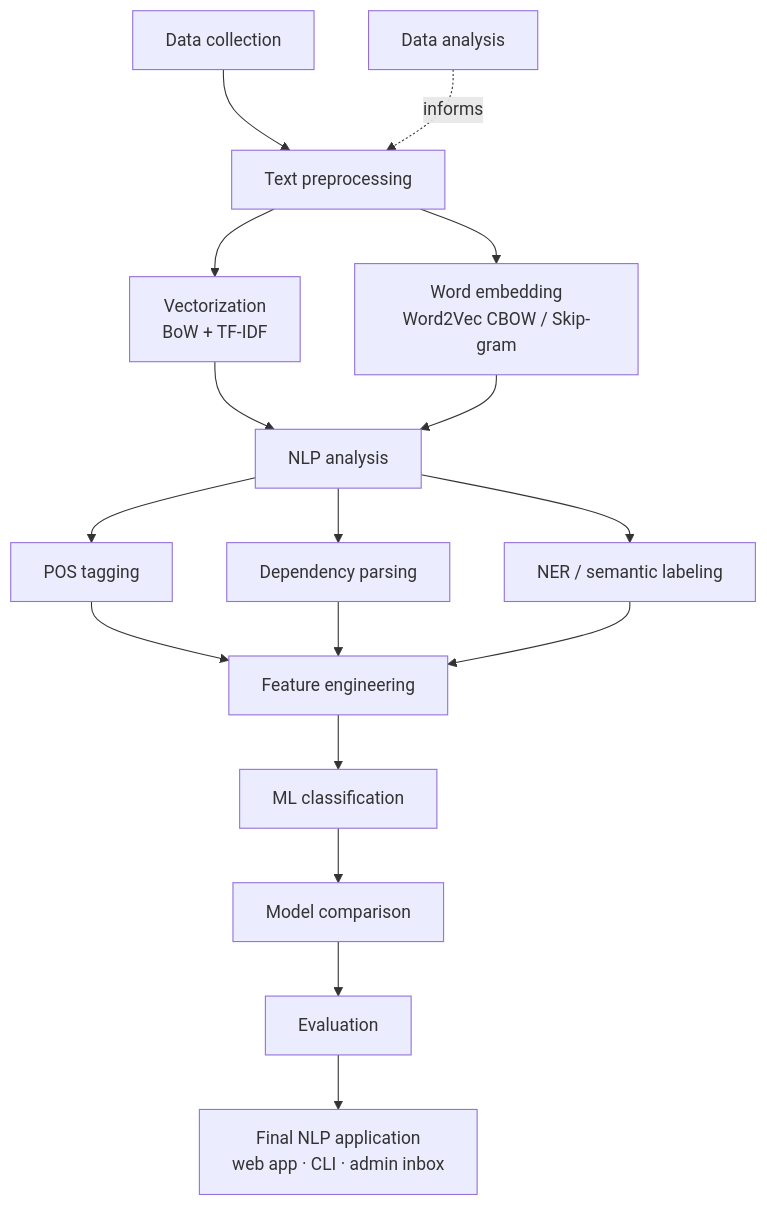
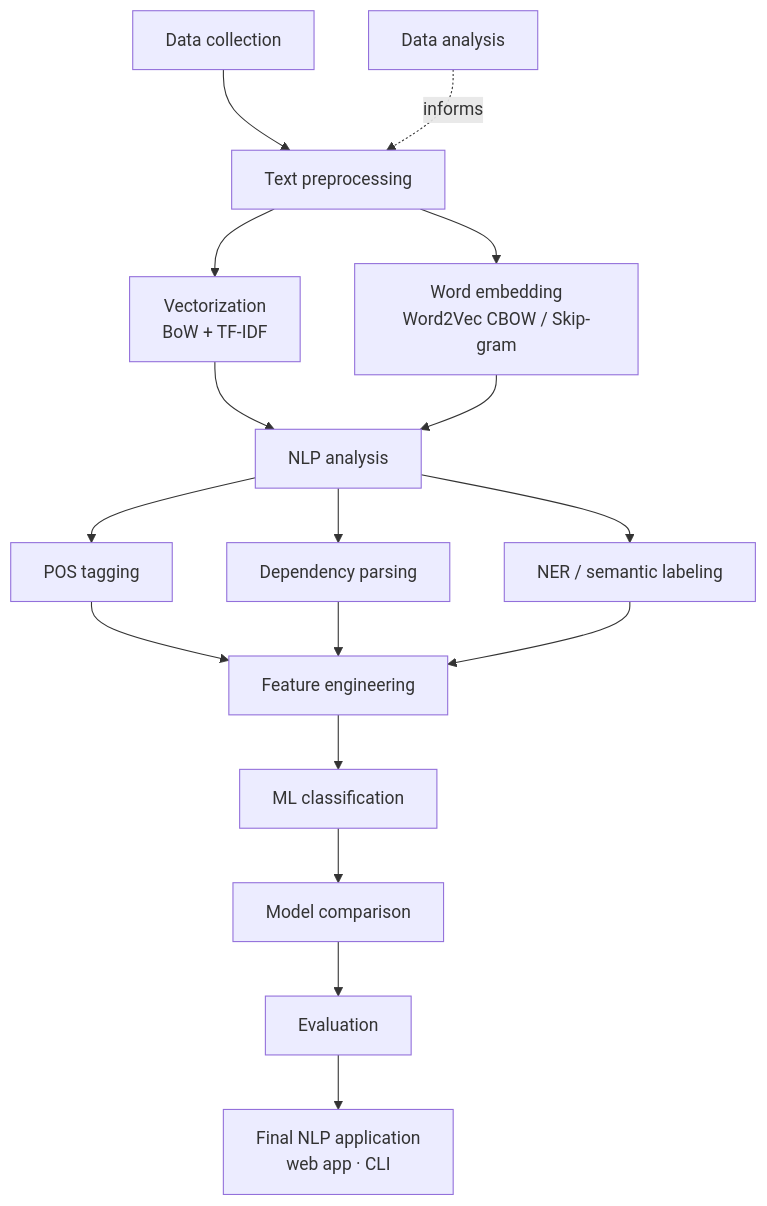
One commit to prudhvikrishn/nlp changed the diagram in README.md. Above: the diagram before and after it, drawn with Mermaid. The commit also changed other lines of this file and 15 other files, not shown here.

First line of the commit message:
Remove database storage and admin inbox; make the web app stateless

````diff
--- a/README.md
+++ b/README.md
@@ -60,19 +59,19 @@
 ```mermaid
 flowchart TD
     A[Data collection] --> C[Text preprocessing]
     B[Data analysis] -.informs.-> C
     C --> D[Vectorization<br/>BoW + TF-IDF]
     C --> E[Word embedding<br/>Word2Vec CBOW / Skip-gram]
     D --> F[NLP analysis]
     E --> F
     F --> F1[POS tagging]
     F --> F2[Dependency parsing]
     F --> F3[NER / semantic labeling]
     F1 --> G[Feature engineering]
     F2 --> G
     F3 --> G
     G --> H[ML classification]
     H --> I[Model comparison]
     I --> J[Evaluation]
-    J --> K[Final NLP application<br/>web app · CLI · admin inbox]
+    J --> K[Final NLP application<br/>web app · CLI]
 ```
````
